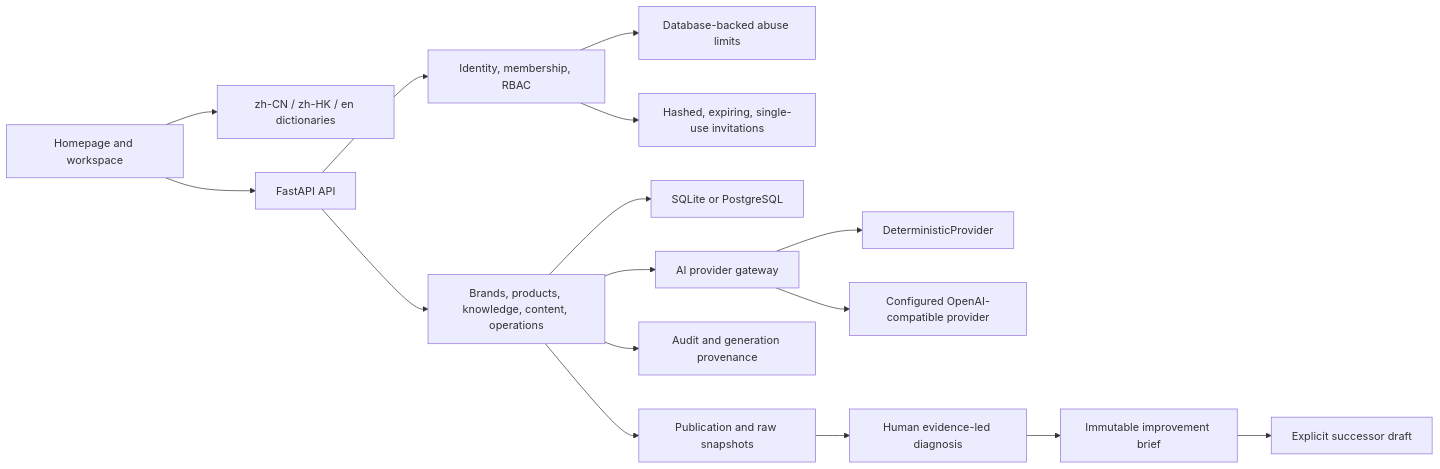
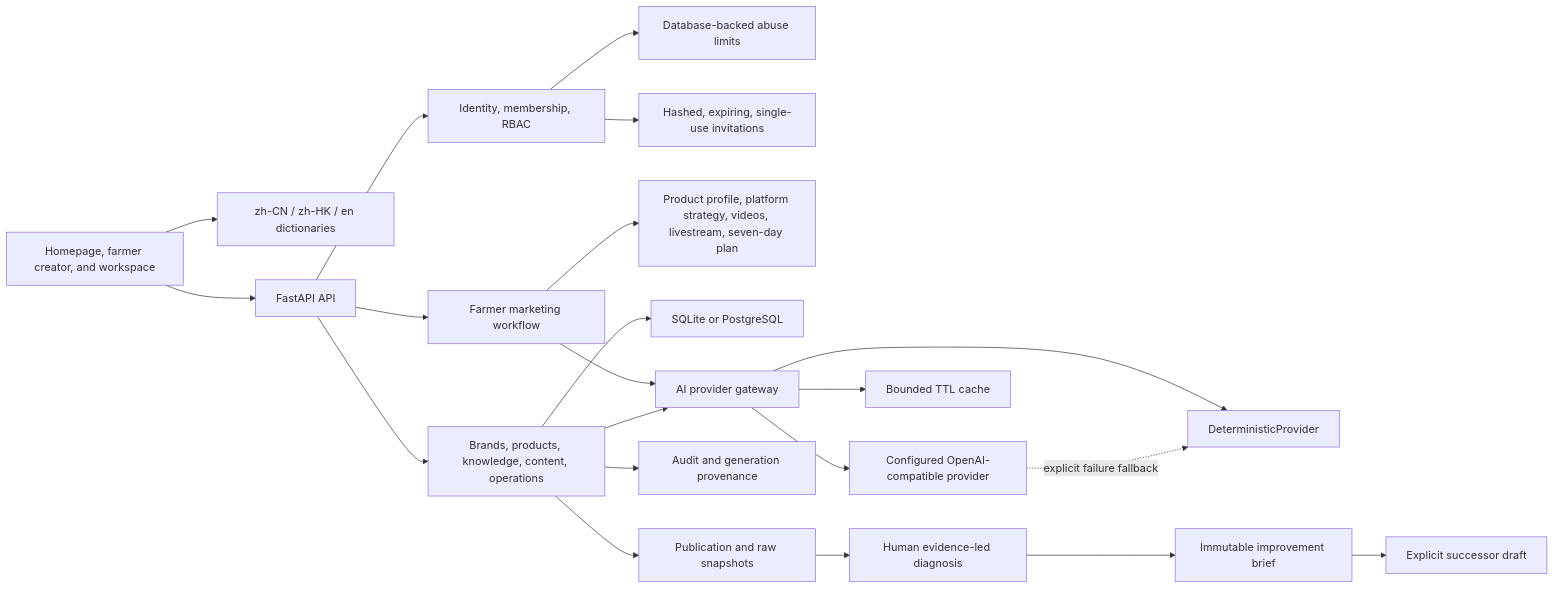
The first of 2 diagrams in docs/architecture.md (KayZhongyi/heyu-ai), drawn with Mermaid before and after one commit. The commit also changed other lines of this file and 95 other files, not shown here.

First line of the commit message:
feat: complete farmer marketing platform workflow

````diff
--- a/docs/architecture.md
+++ b/docs/architecture.md
@@ -16,18 +16,23 @@
 ```mermaid
 flowchart LR
-  Web["Homepage and workspace"] --> I18n["zh-CN / zh-HK / en dictionaries"]
+  Web["Homepage, farmer creator, and workspace"] --> I18n["zh-CN / zh-HK / en dictionaries"]
   Web --> API["FastAPI API"]
   API --> Auth["Identity, membership, RBAC"]
   Auth --> Abuse["Database-backed abuse limits"]
   Auth --> Invite["Hashed, expiring, single-use invitations"]
+  API --> Farmer["Farmer marketing workflow"]
+  Farmer --> Plan["Product profile, platform strategy, videos, livestream, seven-day plan"]
   API --> Domain["Brands, products, knowledge, content, operations"]
   Domain --> DB["SQLite or PostgreSQL"]
-  Domain --> Gateway["AI provider gateway"]
+  Farmer --> Gateway["AI provider gateway"]
+  Domain --> Gateway
   Gateway --> Deterministic["DeterministicProvider"]
   Gateway --> External["Configured OpenAI-compatible provider"]
+  Gateway --> Cache["Bounded TTL cache"]
+  External -. "explicit failure fallback" .-> Deterministic
   Domain --> Audit["Audit and generation provenance"]
   Domain --> Publication["Publication and raw snapshots"]
   Publication --> Diagnosis["Human evidence-led diagnosis"]
   Diagnosis --> Brief["Immutable improvement brief"]
   Brief --> Version["Explicit successor draft"]
 ```
````
